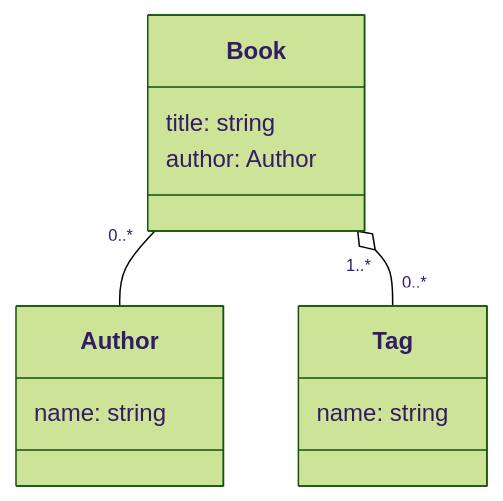
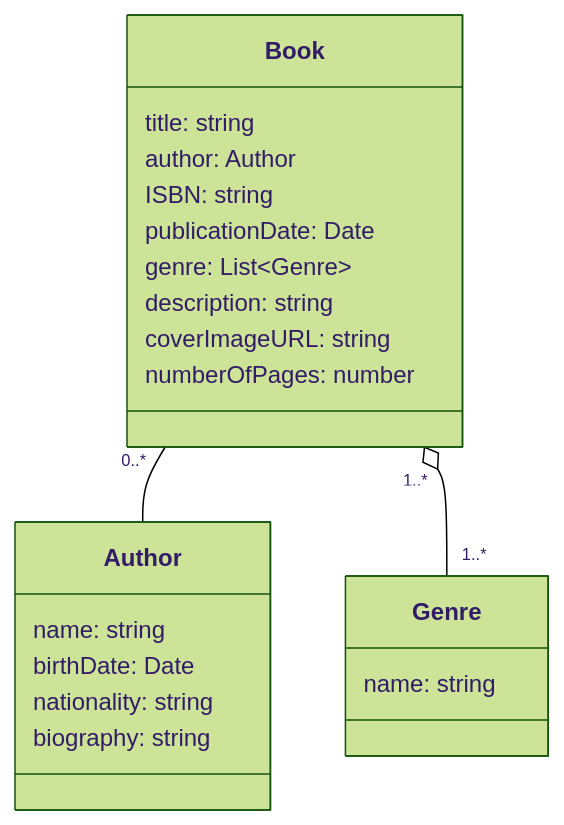
The diagram in diagrams/CLASS-DIAGRAM.md (DenisJulio/bookstore-api), drawn with Mermaid (forest theme) before and after one commit. The commit also changed 1 other file, not shown here.

Commit message:
Adds openapi definition file

````diff
--- a/diagrams/CLASS-DIAGRAM.md
+++ b/diagrams/CLASS-DIAGRAM.md
@@ -3,18 +3,28 @@
 ```mermaid
 classDiagram
     class Book {
         title: string
         author: Author
+        ISBN: string
+        publicationDate: Date
+        genre: List~Genre~
+        description: string
+        coverImageURL: string
+        numberOfPages: number
     }
-    
+
     class Author {
-        name: string    
+        name: string
+        birthDate: Date
+        nationality: string
+        biography: string
     }
-    
-    class Tag {
+
+    class Genre {
         name: string
     }
 
     Book "0..*" -- Author
-    Book "1..*" o-- "0..*" Tag
+    Book "1..*" o-- "1..*" Genre
+
 ```
````
